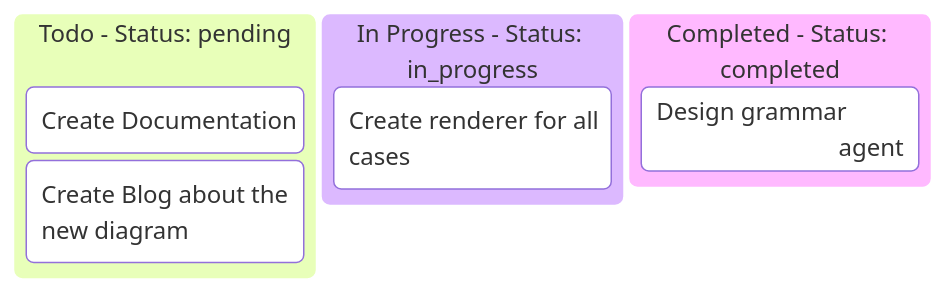
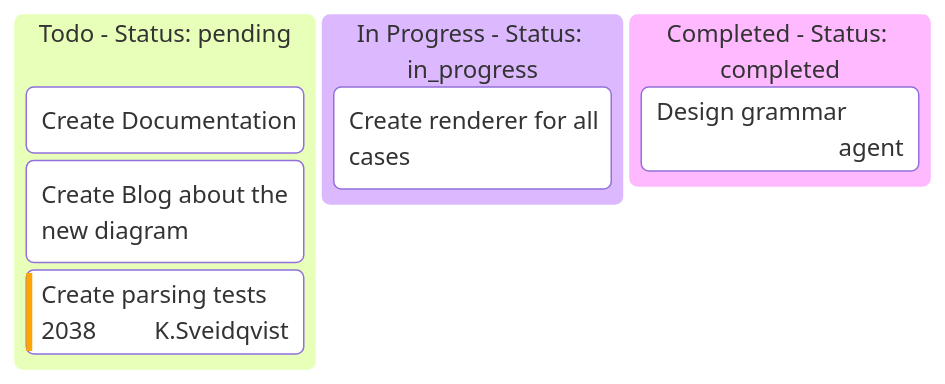
The eighth of 9 diagrams in agent-log-analysis/SKILL.md (Cogni-AI-OU/cogni-ai-agent-skills), drawn with Mermaid before and after one commit.

Commit message:
docs: add priority and ticket example to Kanban

````diff
--- a/agent-log-analysis/SKILL.md
+++ b/agent-log-analysis/SKILL.md
@@ -257,10 +257,11 @@
 ```mermaid
 kanban
   Todo - Status: pending
     [Create Documentation]
     docs[Create Blog about the new diagram]
+    id4[Create parsing tests]@{ ticket: 2038, assigned: 'K.Sveidqvist', priority: 'High' }
   In Progress - Status: in_progress
     id6[Create renderer for all cases]
   Completed - Status: completed
     id8[Design grammar]@{ assigned: 'agent' }
 ```
````
